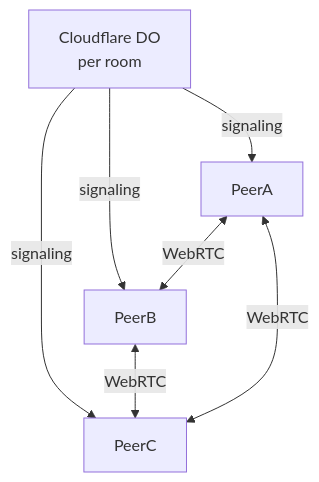
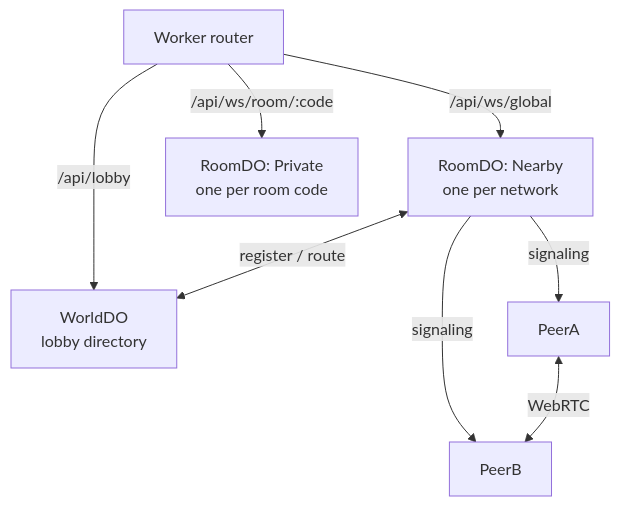
Before and after one commit to kushal1o1/ZeroRelay: the diagram in README.md, drawn with Mermaid. The commit also changed other lines of this file and 3 other files, not shown here.

Commit message:
docs: update README, architecture and landing copy for v2

````diff
--- a/README.md
+++ b/README.md
@@ -43,9 +77,10 @@
 ```mermaid
 graph TD
-    DO[Cloudflare DO<br/>per room] -->|signaling| PeerA
-    DO -->|signaling| PeerB
-    DO -->|signaling| PeerC
+    R[Worker router] -->|/api/ws/global| N[RoomDO: Nearby<br/>one per network]
+    R -->|/api/ws/room/:code| P[RoomDO: Private<br/>one per room code]
+    R -->|/api/lobby| W[WorldDO<br/>lobby directory]
+    N <-->|register / route| W
+    N -->|signaling| PeerA
+    N -->|signaling| PeerB
     PeerA <-->|WebRTC| PeerB
-    PeerB <-->|WebRTC| PeerC
-    PeerA <-->|WebRTC| PeerC
 ```
````
